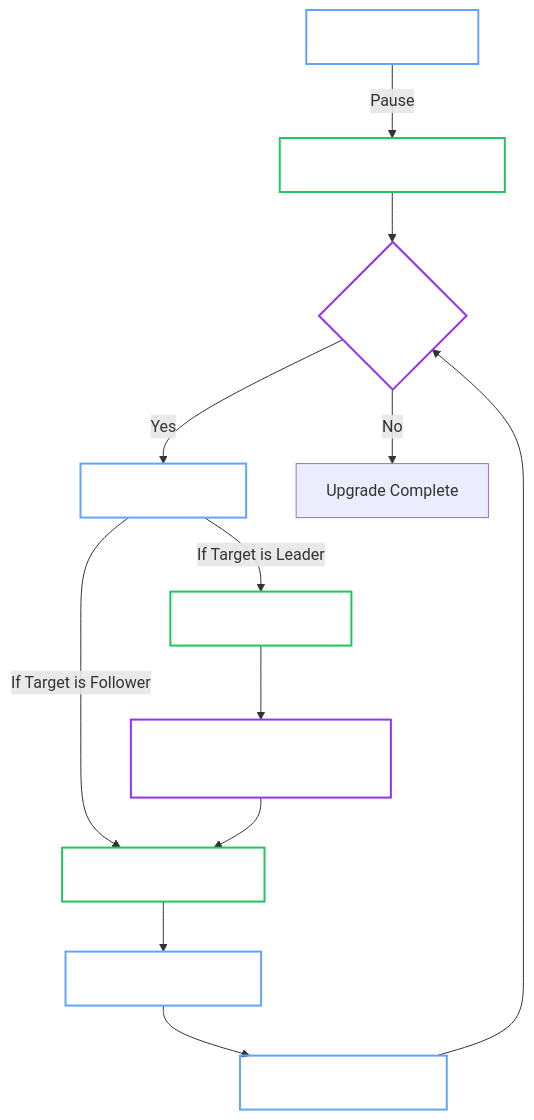
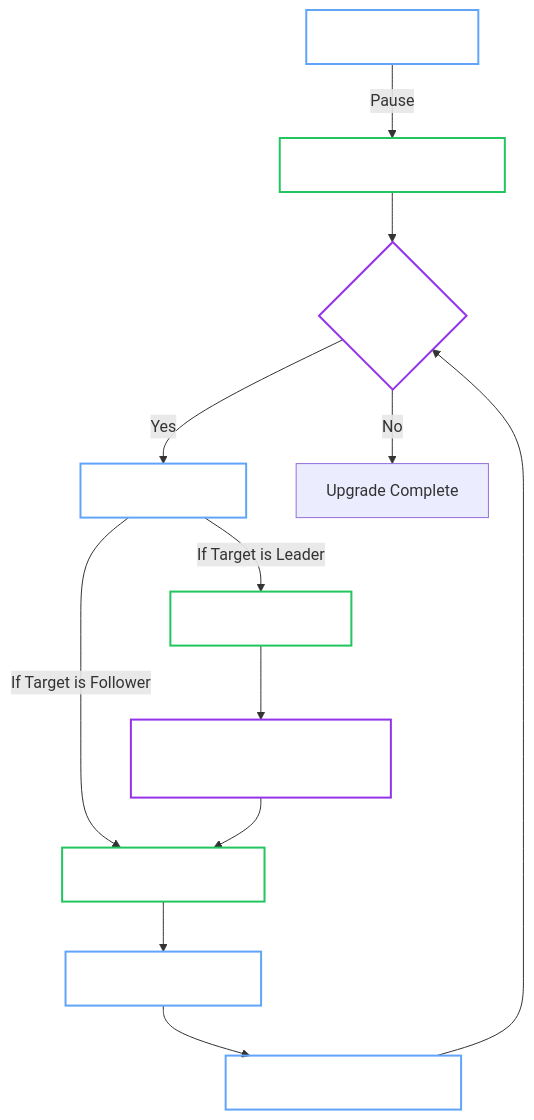
One commit to dc-tec/openbao-operator changed the first of 2 diagrams in docs/architecture/upgrade-manager.md. Above: the diagram before and after it, drawn with Mermaid. The commit also changed other lines of this file and 48 other files, not shown here.

````diff
--- a/docs/architecture/upgrade-manager.md
+++ b/docs/architecture/upgrade-manager.md
@@ -18,26 +18,26 @@
     ```mermaid
     graph TD
         Trigger[Version Change] -->|Pause| Partition[Set Partition = Replicas]
         Partition --> Loop{Partition > 0?}
         
         Loop -- Yes --> Ident[Identify Leader]
         Ident -->|If Target is Leader| StepDown[Force Step-Down]
         Ident -->|If Target is Follower| Update[Decrement Partition]
         
         StepDown --> WaitTransfer[Wait for Leadership Transfer]
         WaitTransfer --> Update
         
         Update --> WaitReady[Wait for Pod Ready]
-        WaitReady --> WaitHealth[Wait for Vault Health]
+        WaitReady --> WaitHealth[Wait for OpenBao Health]
         WaitHealth --> Loop
         
         Loop -- No --> Done[Upgrade Complete]
 
         classDef process fill:transparent,stroke:#9333ea,stroke-width:2px,color:#fff;
         classDef write fill:transparent,stroke:#22c55e,stroke-width:2px,color:#fff;
         classDef read fill:transparent,stroke:#60a5fa,stroke-width:2px,color:#fff;
         
         class Partition,StepDown,Update write;
         class Trigger,Ident,WaitReady,WaitHealth read;
         class Loop,WaitTransfer process;
     ```
````
